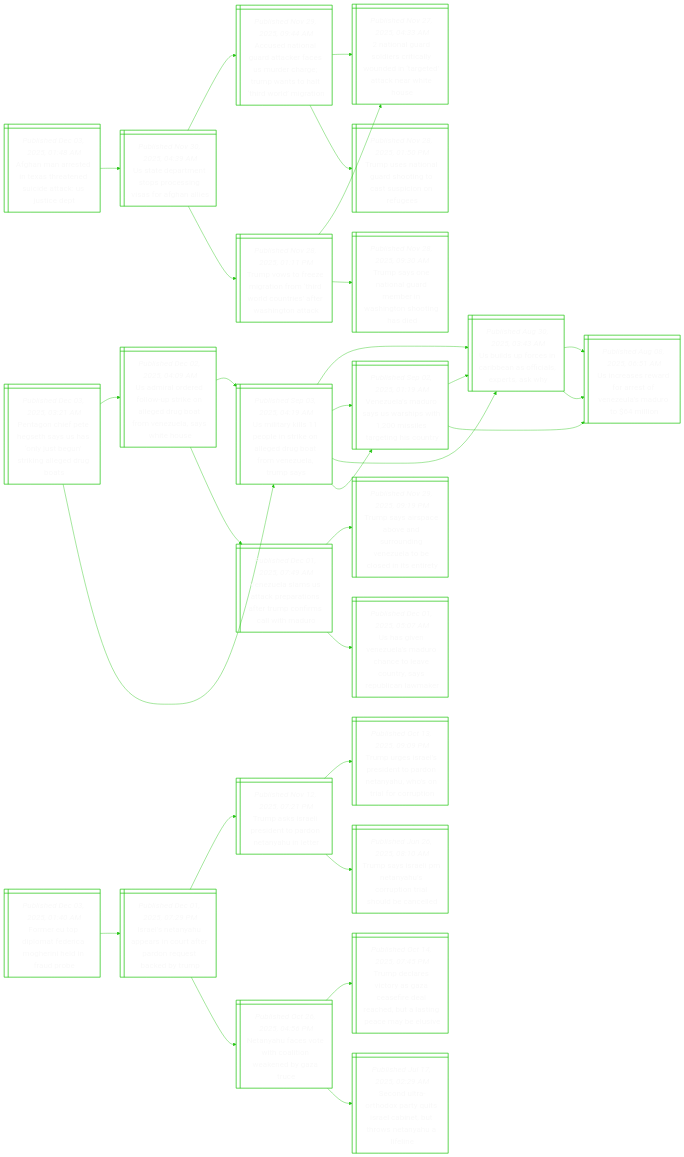
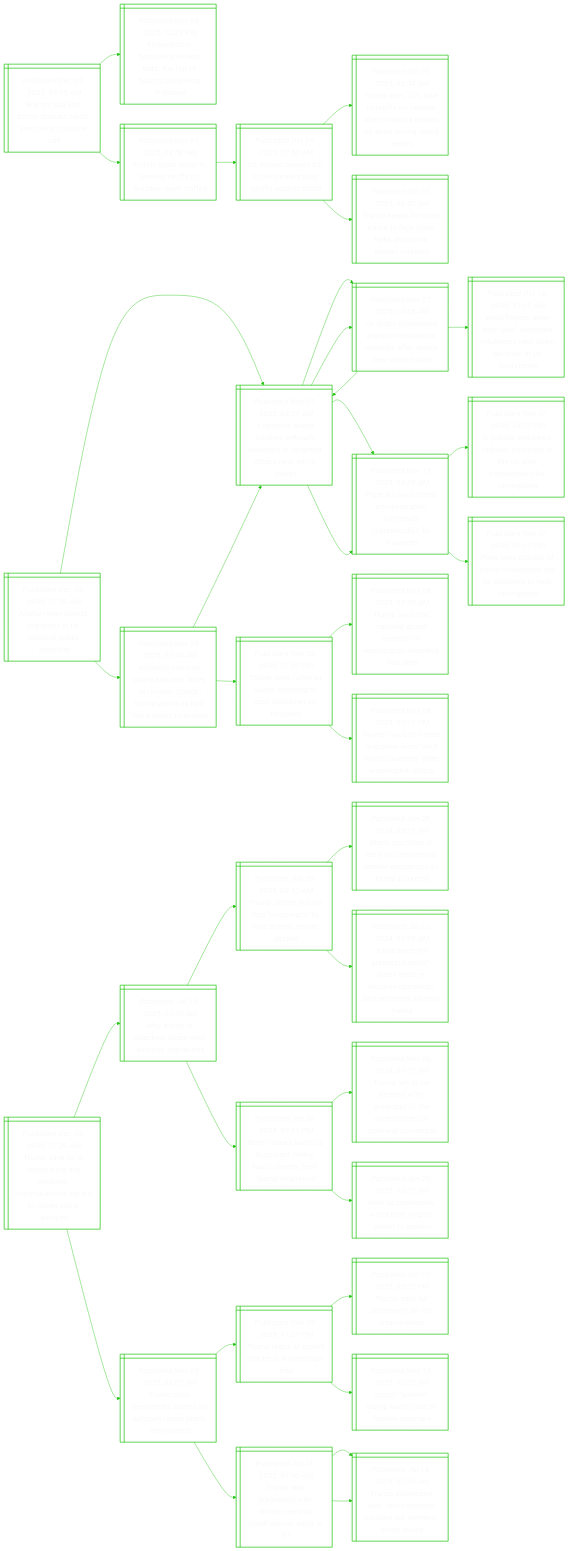
One commit to notJmes/notJmes changed the diagram in README.md. Above: the diagram before and after it, drawn with Mermaid. The commit also changed other lines of this file, not shown here.

````diff
--- a/README.md
+++ b/README.md
@@ -16,100 +16,115 @@
 flowchart LR
 classDef txtsize font-size:20px;
 
-Pgitsahltnkldb@{ shape: win-pane, label: "_Published Dec 03, 2025, 03:21 AM_
-Pentagon chief pete hegseth says us has ‘only just begun’ striking alleged drug boats" }
-Uirdotoeramzsho@{ shape: win-pane, label: "_Published Dec 02, 2025, 04:09 AM_
-Us admiral ordered follow-up strike on alleged drug boat from venezuela, says white house" }
-UikperngutVura@{ shape: win-pane, label: "_Published Sep 03, 2025, 04:19 AM_
-Us military kills 11 people in strike on alleged drug boat from venezuela, trump says" }
-Ulfsrafapay@{ shape: win-pane, label: "_Published Aug 30, 2025, 03:43 AM_
-Us builds up forces in caribbean as officials, experts, ask why" }
-VuMoUswieggoy@{ shape: win-pane, label: "_Published Sep 02, 2025, 01:19 AM_
-Venezuela’s maduro says us warships with 1,200 missiles targeting his country" }
-VulScpifromlMo@{ shape: win-pane, label: "_Published Dec 01, 2025, 07:49 AM_
-Venezuela slams us attack preparations after trump confirms call with maduro" }
-Tsicvsugztliee@{ shape: win-pane, label: "_Published Nov 29, 2025, 09:19 PM_
-Trump says airspace above and surrounding venezuela to be closed in its entirety" }
-UgVuMoceoyRllk@{ shape: win-pane, label: "_Published Dec 01, 2025, 05:07 AM_
-Us has given venezuela’s maduro chance to leave country, says republican lawmaker" }
-UikperngutVura@{ shape: win-pane, label: "_Published Sep 03, 2025, 04:19 AM_
-Us military kills 11 people in strike on alleged drug boat from venezuela, trump says" }
-Ulfsrafapay@{ shape: win-pane, label: "_Published Aug 30, 2025, 03:43 AM_
-Us builds up forces in caribbean as officials, experts, ask why" }
-Ursratnldoi@{ shape: win-pane, label: "_Published Aug 08, 2025, 06:51 AM_
-Us increases reward for arrest of venezeula’s maduro to $64 million" }
-Ursratnldoi@{ shape: win-pane, label: "_Published Aug 08, 2025, 06:51 AM_
-Us increases reward for arrest of venezeula’s maduro to $64 million" }
-VuMoUswieggoy@{ shape: win-pane, label: "_Published Sep 02, 2025, 01:19 AM_
-Venezuela’s maduro says us warships with 1,200 missiles targeting his country" }
-Ulfsrafapay@{ shape: win-pane, label: "_Published Aug 30, 2025, 03:43 AM_
-Us builds up forces in caribbean as officials, experts, ask why" }
-Ursratnldoi@{ shape: win-pane, label: "_Published Aug 08, 2025, 06:51 AM_
-Us increases reward for arrest of venezeula’s maduro to $64 million" }
+Blarisetinl@{ shape: win-pane, label: "_Published Dec 03, 2025, 07:45 AM_
+Brazil’s lula and trump discuss trade, sanctions in phone call" }
+EstobdTlrsrgb@{ shape: win-pane, label: "_Published Nov 26, 2025, 12:29 PM_
+Ex-president bolsonaro behind bars: the fall of brazil’s polarising firebrand" }
+Tsotoroznce@{ shape: win-pane, label: "_Published Nov 21, 2025, 08:58 AM_
+Trump signs order to remove tariffs on brazilian beef, coffee" }
+Uasitnrasna@{ shape: win-pane, label: "_Published Oct 29, 2025, 07:50 AM_
+Us senate passes bill to terminate trump tariffs against brazil" }
+TsitfaaOiaddnli@{ shape: win-pane, label: "_Published Oct 26, 2025, 05:04 AM_
+Trump sets 10% hike in tariffs on canada after ontario’s reagan ad aired during world series" }
+Thtteaaldhas@{ shape: win-pane, label: "_Published Oct 29, 2025, 06:50 AM_
+Trump heads to south korea to face trade talks and north korean missiles" }
 
-Pgitsahltnkldb:::txtsize --> Uirdotoeramzsho:::txtsize
-Uirdotoeramzsho:::txtsize --> UikperngutVura:::txtsize
-UikperngutVura:::txtsize --> Ulfsrafapay:::txtsize
-UikperngutVura:::txtsize --> VuMoUswieggoy:::txtsize
-Uirdotoeramzsho:::txtsize --> VulScpifromlMo:::txtsize
-VulScpifromlMo:::txtsize --> Tsicvsugztliee:::txtsize
-VulScpifromlMo:::txtsize --> UgVuMoceoyRllk:::txtsize
-Pgitsahltnkldb:::txtsize --> UikperngutVura:::txtsize
-UikperngutVura:::txtsize --> Ulfsrafapay:::txtsize
-Ulfsrafapay:::txtsize --> Ursratnldoi:::txtsize
-Ulfsrafapay:::txtsize --> Ursratnldoi:::txtsize
-UikperngutVura:::txtsize --> VuMoUswieggoy:::txtsize
-VuMoUswieggoy:::txtsize --> Ulfsrafapay:::txtsize
-VuMoUswieggoy:::txtsize --> Ursratnldoi:::txtsize
+Blarisetinl:::txtsize --> EstobdTlrsrgb:::txtsize
+Blarisetinl:::txtsize --> Tsotoroznce:::txtsize
+Tsotoroznce:::txtsize --> Uasitnrasna:::txtsize
+Uasitnrasna:::txtsize --> TsitfaaOiaddnli:::txtsize
+Uasitnrasna:::txtsize --> Thtteaaldhas:::txtsize
 
-Anreeheuecue@{ shape: win-pane, label: "_Published Dec 03, 2025, 01:48 AM_
-Afghan man arrested in texas threatened suicide attack: us justice dept" }
-UtanpcnaAne@{ shape: win-pane, label: "_Published Nov 30, 2025, 04:39 AM_
-Us state department stops processing visas for afghan allies" }
+Anlnintldt@{ shape: win-pane, label: "_Published Dec 03, 2025, 07:30 AM_
+Afghan man pleads not guilty in us national guard shooting" }
+Nnalsiydttteiu@{ shape: win-pane, label: "_Published Nov 27, 2025, 04:33 AM_
+2 national guard soldiers critically wounded in ‘targeted’ attack near white house" }
+Upcnhmteteaats@{ shape: win-pane, label: "_Published Nov 27, 2025, 10:58 AM_
+Us stops processing afghan immigration requests after attack near white house" }
+Nnalsiydttteiu@{ shape: win-pane, label: "_Published Nov 27, 2025, 04:33 AM_
+2 national guard soldiers critically wounded in ‘targeted’ attack near white house" }
+Pfrygkiuregncr@{ shape: win-pane, label: "_Published Oct 18, 2025, 11:35 AM_
+‘pried fingers away from gun’: wikipedia volunteers take down gunman at us conference" }
+Pespnaemipuit@{ shape: win-pane, label: "_Published Nov 19, 2025, 04:38 AM_
+Pope leo says trump administration ‘extremely disrespectful’ to migrants" }
+Ipnsohehrmirgs@{ shape: win-pane, label: "_Published Nov 17, 2025, 04:50 PM_
+In pulpits and pews, catholic churches in the us urge compassion for immigrants" }
+PeieubnUhslit@{ shape: win-pane, label: "_Published Nov 07, 2025, 06:25 PM_
+Pope leo’s critique of trump emboldens top us catholics to help immigrants" }
 AeiGakcmrgmtairgo@{ shape: win-pane, label: "_Published Nov 29, 2025, 09:44 AM_
 Accused national guard attacker faces us murder charge; trump wants to halt ‘third world’ migration" }
 Nnalsiydttteiu@{ shape: win-pane, label: "_Published Nov 27, 2025, 04:33 AM_
 2 national guard soldiers critically wounded in ‘targeted’ attack near white house" }
+Upcnhmteteaats@{ shape: win-pane, label: "_Published Nov 27, 2025, 10:58 AM_
+Us stops processing afghan immigration requests after attack near white house" }
+Pespnaemipuit@{ shape: win-pane, label: "_Published Nov 19, 2025, 04:38 AM_
+Pope leo says trump administration ‘extremely disrespectful’ to migrants" }
 Tuaarottiou@{ shape: win-pane, label: "_Published Nov 28, 2025, 01:50 PM_
 Trump uses national guard shooting to cast suspicion on refugees" }
+TsniGmrstogi@{ shape: win-pane, label: "_Published Nov 28, 2025, 09:30 AM_
+Trump says one national guard member in washington shooting has died" }
 TvozrnTWcrfagt@{ shape: win-pane, label: "_Published Nov 28, 2025, 01:11 PM_
 Trump vows to freeze migration from ‘third world countries’ after washington attack" }
-Nnalsiydttteiu@{ shape: win-pane, label: "_Published Nov 27, 2025, 04:33 AM_
-2 national guard soldiers critically wounded in ‘targeted’ attack near white house" }
-TsniGmrstogi@{ shape: win-pane, label: "_Published Nov 28, 2025, 09:30 AM_
-Trump says one national guard member in washington shooting has died" }
 
-Anreeheuecue:::txtsize --> UtanpcnaAne:::txtsize
-UtanpcnaAne:::txtsize --> AeiGakcmrgmtairgo:::txtsize
+Anlnintldt:::txtsize --> Nnalsiydttteiu:::txtsize
+Nnalsiydttteiu:::txtsize --> Upcnhmteteaats:::txtsize
+Upcnhmteteaats:::txtsize --> Nnalsiydttteiu:::txtsize
+Upcnhmteteaats:::txtsize --> Pfrygkiuregncr:::txtsize
+Nnalsiydttteiu:::txtsize --> Pespnaemipuit:::txtsize
+Pespnaemipuit:::txtsize --> Ipnsohehrmirgs:::txtsize
+Pespnaemipuit:::txtsize --> PeieubnUhslit:::txtsize
+Anlnintldt:::txtsize --> AeiGakcmrgmtairgo:::txtsize
 AeiGakcmrgmtairgo:::txtsize --> Nnalsiydttteiu:::txtsize
+Nnalsiydttteiu:::txtsize --> Upcnhmteteaats:::txtsize
+Nnalsiydttteiu:::txtsize --> Pespnaemipuit:::txtsize
 AeiGakcmrgmtairgo:::txtsize --> Tuaarottiou:::txtsize
-UtanpcnaAne:::txtsize --> TvozrnTWcrfagt:::txtsize
-TvozrnTWcrfagt:::txtsize --> Nnalsiydttteiu:::txtsize
-TvozrnTWcrfagt:::txtsize --> TsniGmrstogi:::txtsize
+Tuaarottiou:::txtsize --> TsniGmrstogi:::txtsize
+Tuaarottiou:::txtsize --> TvozrnTWcrfagt:::txtsize
 
-Frpoechiiub@{ shape: win-pane, label: "_Published Dec 03, 2025, 01:40 AM_
-Former eu top diplomat federica mogherini held in fraud probe" }
-Ilauacapnecyp@{ shape: win-pane, label: "_Published Dec 01, 2025, 07:29 PM_
-Israel’s netanyahu appears in court after pardon request backed by trump" }
-Tasiitdthe@{ shape: win-pane, label: "_Published Nov 12, 2025, 07:21 PM_
-Trump asks israeli president to pardon netanyahu in letter" }
-TuIlstreaororo@{ shape: win-pane, label: "_Published Oct 13, 2025, 09:09 PM_
-Trump urges israel’s president to pardon netanyahu, who’s on trial for corruption" }
-Tssithriioee@{ shape: win-pane, label: "_Published Jun 26, 2025, 08:10 AM_
-Trump says israeli pm netanyahu’s corruption trial should be cancelled" }
-Nyaotlneyt@{ shape: win-pane, label: "_Published Oct 26, 2025, 04:56 PM_
-Netanyahu faces vote with coalition weakened by gaza truce" }
-Tdrcaaededlncbs@{ shape: win-pane, label: "_Published Oct 14, 2025, 07:45 PM_
-Trump declares victory as gaza ceasefire deal reached, but a lasting peace may be elusive" }
-SdaoausCetsnal@{ shape: win-pane, label: "_Published Jul 17, 2025, 02:29 AM_
-Second ultra-orthodox party quits israel cabinet, but throws netanyahu a lifeline" }
+Tsertndoaseisun@{ shape: win-pane, label: "_Published Dec 03, 2025, 07:20 AM_
+Trump says he is terminating any pardons, commutations signed by biden using autopen" }
+Wuakivtst@{ shape: win-pane, label: "_Published Jul 15, 2025, 10:40 AM_
+Why trump is attacking biden over autopen signatures" }
+Tositscidedn@{ shape: win-pane, label: "_Published Jun 05, 2025, 08:52 AM_
+Trump orders inquiry into ‘conspiracy’ to hide biden’s health decline" }
+BsleUsteenspc@{ shape: win-pane, label: "_Published Jun 28, 2024, 09:21 AM_
+Biden stumbles in early us presidential debate exchanges as trump pounces" }
+IbhahrnrccidraHs@{ shape: win-pane, label: "_Published Jul 22, 2024, 01:59 AM_
+‘it has been the greatest honour’: biden ends re-election campaign and endorses kamala harris" }
+Bisopcluerutt@{ shape: win-pane, label: "_Published Jan 20, 2025, 09:31 PM_
+Biden issues pardons to protect milley, fauci, cheney from trump retaliation" }
+TsbchioUdetne@{ shape: win-pane, label: "_Published Nov 06, 2024, 07:37 AM_
+Trump set to be elected 47th president of the united states in stunning comeback" }
+Hpdwtmyrr@{ shape: win-pane, label: "_Published Jan 20, 2025, 10:37 AM_
+How us presidents wield their mighty power to pardon" }
+Tsongypddrt@{ shape: win-pane, label: "_Published Nov 29, 2025, 06:07 AM_
+Trump says documents signed by autopen under biden ‘terminated’" }
+Traoasega@{ shape: win-pane, label: "_Published Nov 26, 2025, 11:27 PM_
+Trump rages at report that he is increasingly frail" }
+Tseraenn@{ shape: win-pane, label: "_Published Oct 27, 2025, 05:25 PM_
+Trump says he underwent an mri examination" }
+Ptbusuert@{ shape: win-pane, label: "_Published Nov 19, 2025, 10:05 AM_
+‘piggy’, ‘terrible’: trump lashes out at female reporters" }
+Twaehnnnict@{ shape: win-pane, label: "_Published Jul 18, 2025, 07:00 AM_
+Trump was diagnosed with chronic venous insufficiency. what is it?" }
+Tdoiidniglho@{ shape: win-pane, label: "_Published Jul 18, 2025, 02:46 AM_
+Trump diagnosed with vein condition causing leg swelling: white house" }
+Tdoiidniglho@{ shape: win-pane, label: "_Published Jul 18, 2025, 02:46 AM_
+Trump diagnosed with vein condition causing leg swelling: white house" }
 
-Frpoechiiub:::txtsize --> Ilauacapnecyp:::txtsize
-Ilauacapnecyp:::txtsize --> Tasiitdthe:::txtsize
-Tasiitdthe:::txtsize --> TuIlstreaororo:::txtsize
-Tasiitdthe:::txtsize --> Tssithriioee:::txtsize
-Ilauacapnecyp:::txtsize --> Nyaotlneyt:::txtsize
-Nyaotlneyt:::txtsize --> Tdrcaaededlncbs:::txtsize
-Nyaotlneyt:::txtsize --> SdaoausCetsnal:::txtsize
+Tsertndoaseisun:::txtsize --> Wuakivtst:::txtsize
+Wuakivtst:::txtsize --> Tositscidedn:::txtsize
+Tositscidedn:::txtsize --> BsleUsteenspc:::txtsize
+Tositscidedn:::txtsize --> IbhahrnrccidraHs:::txtsize
+Wuakivtst:::txtsize --> Bisopcluerutt:::txtsize
+Bisopcluerutt:::txtsize --> TsbchioUdetne:::txtsize
+Bisopcluerutt:::txtsize --> Hpdwtmyrr:::txtsize
+Tsertndoaseisun:::txtsize --> Tsongypddrt:::txtsize
+Tsongypddrt:::txtsize --> Traoasega:::txtsize
+Traoasega:::txtsize --> Tseraenn:::txtsize
+Traoasega:::txtsize --> Ptbusuert:::txtsize
+Tsongypddrt:::txtsize --> Twaehnnnict:::txtsize
+Twaehnnnict:::txtsize --> Tdoiidniglho:::txtsize
+Twaehnnnict:::txtsize --> Tdoiidniglho:::txtsize
 
 ```
````
